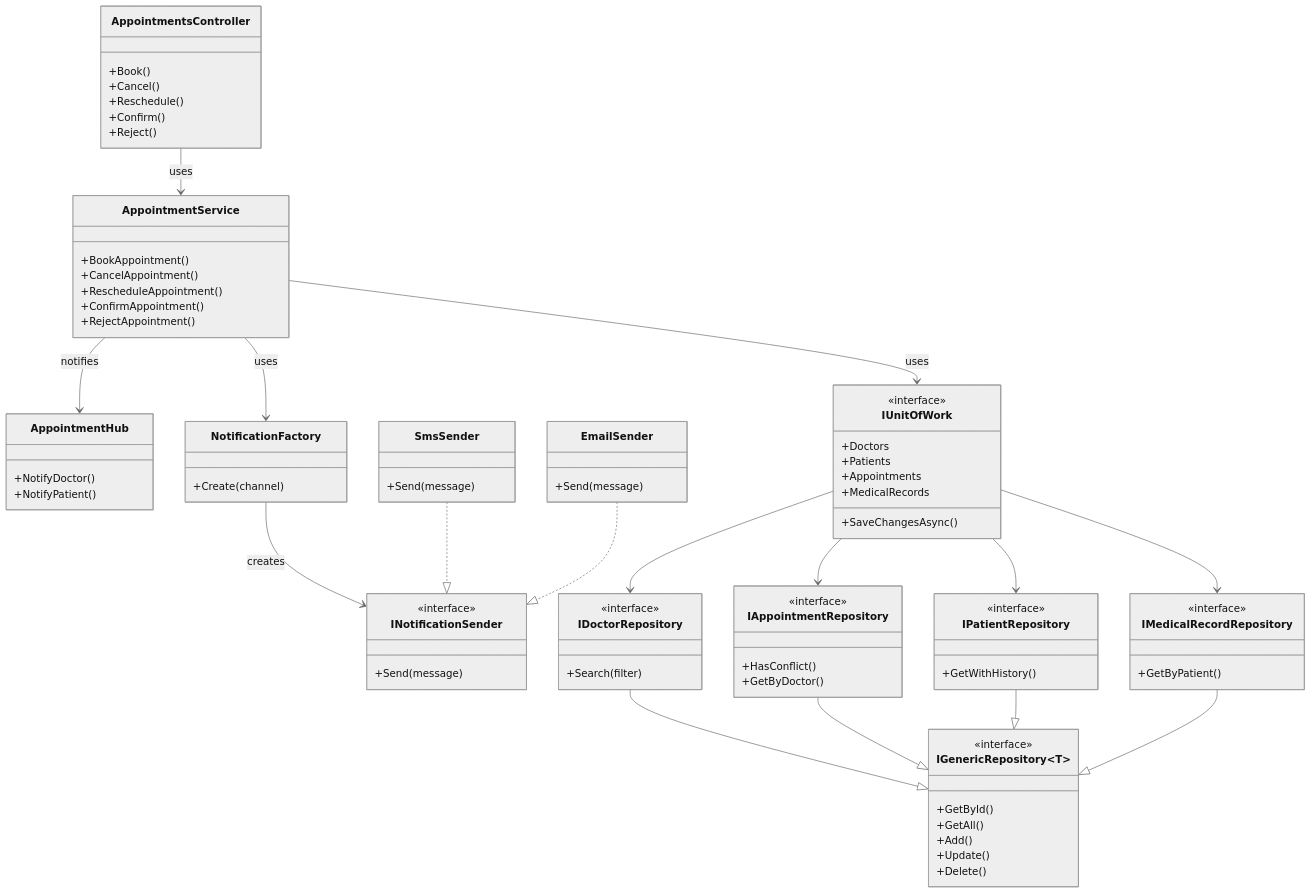
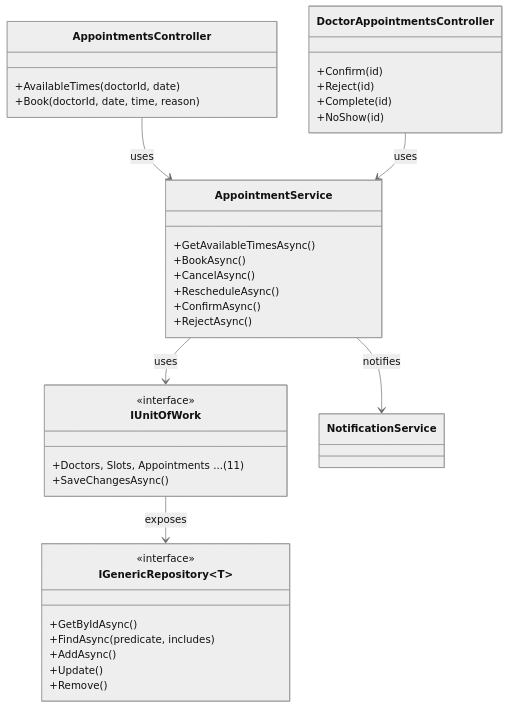
Before and after one commit to 3mrNasser/Medi-Care-Clinic-Management-Project-R5: the eighth of 9 diagrams in mdFiles/4.3 Data Flow and System Behavior.md, drawn with Mermaid (neutral theme). The commit also changed other lines of this file and 18 other files, not shown here.

````diff
--- a/mdFiles/4.3 Data Flow and System Behavior.md
+++ b/mdFiles/4.3 Data Flow and System Behavior.md
@@ -183,95 +198,41 @@
 ```mermaid
 classDiagram
+    direction TB
     class AppointmentsController {
-        +Book()
-        +Cancel()
-        +Reschedule()
-        +Confirm()
-        +Reject()
+        +AvailableTimes(doctorId, date)
+        +Book(doctorId, date, time, reason)
     }
-
+    class DoctorAppointmentsController {
+        +Confirm(id)
+        +Reject(id)
+        +Complete(id)
+        +NoShow(id)
+    }
     class AppointmentService {
-        +BookAppointment()
-        +CancelAppointment()
-        +RescheduleAppointment()
-        +ConfirmAppointment()
-        +RejectAppointment()
+        +GetAvailableTimesAsync()
+        +BookAsync()
+        +CancelAsync()
+        +RescheduleAsync()
+        +ConfirmAsync()
+        +RejectAsync()
     }
-
-    class AppointmentHub {
-        +NotifyDoctor()
-        +NotifyPatient()
-    }
-
     class IUnitOfWork {
         <<interface>>
-        +Doctors
-        +Patients
-        +Appointments
-        +MedicalRecords
+        +Doctors, Slots, Appointments ... (11)
         +SaveChangesAsync()
     }
-
-    class NotificationFactory {
-        +Create(channel)
-    }
-
-    class INotificationSender {
-        <<interface>>
-        +Send(message)
-    }
-
-    class SmsSender {
-        +Send(message)
-    }
-
-    class EmailSender {
-        +Send(message)
-    }
-
     class IGenericRepository~T~ {
         <<interface>>
-        +GetById()
-        +GetAll()
-        +Add()
+        +GetByIdAsync()
+        +FindAsync(predicate, includes)
+        +AddAsync()
         +Update()
-        +Delete()
+        +Remove()
     }
-
-    class IDoctorRepository {
-        <<interface>>
-        +Search(filter)
-    }
-
-    class IAppointmentRepository {
-        <<interface>>
-        +HasConflict()
-        +GetByDoctor()
-    }
-
-    class IPatientRepository {
-        <<interface>>
-        +GetWithHistory()
-    }
-
-    class IMedicalRecordRepository {
-        <<interface>>
-        +GetByPatient()
-    }
-
+    class NotificationService
     AppointmentsController --> AppointmentService : uses
-    AppointmentService --> AppointmentHub : notifies
+    DoctorAppointmentsController --> AppointmentService : uses
     AppointmentService --> IUnitOfWork : uses
-    AppointmentService --> NotificationFactory : uses
-    NotificationFactory --> INotificationSender : creates
-    SmsSender ..|> INotificationSender
-    EmailSender ..|> INotificationSender
-    IUnitOfWork --> IDoctorRepository
-    IUnitOfWork --> IAppointmentRepository
-    IUnitOfWork --> IPatientRepository
-    IUnitOfWork --> IMedicalRecordRepository
-    IDoctorRepository --|> IGenericRepository~T~
-    IAppointmentRepository --|> IGenericRepository~T~
-    IPatientRepository --|> IGenericRepository~T~
-    IMedicalRecordRepository --|> IGenericRepository~T~
+    AppointmentService --> NotificationService : notifies
+    IUnitOfWork --> IGenericRepository~T~ : exposes
 ```
````
